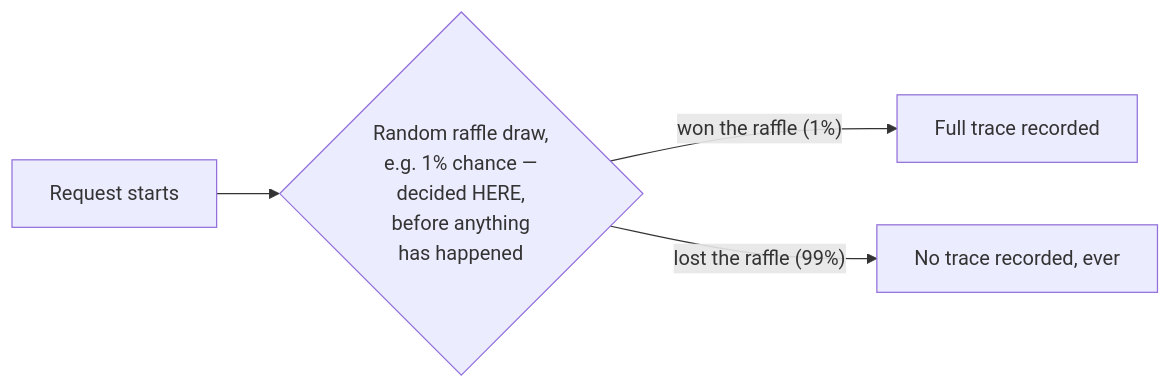
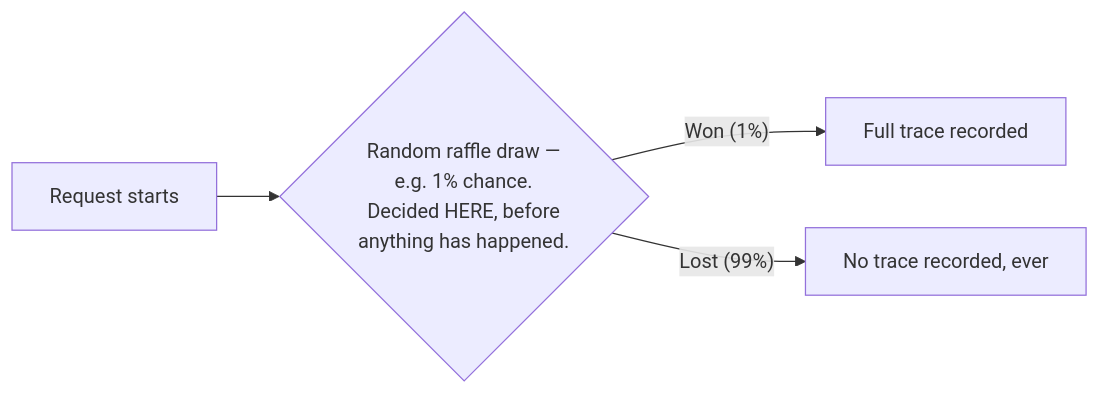
The seventh of 15 diagrams in system-design/HLD/0-course/57-Design-a-Distributed-Tracing-System-FAANG-Guide-story.md (riyaz-pasha/Learnings), drawn with Mermaid before and after one commit. The commit also changed other lines of this file and 1 other file, not shown here.

Commit message:
[REWRITE] Distributed Tracing System story guide: simplify prose, add structure, fix diagrams

````diff
--- a/system-design/HLD/0-course/57-Design-a-Distributed-Tracing-System-FAANG-Guide-story.md
+++ b/system-design/HLD/0-course/57-Design-a-Distributed-Tracing-System-FAANG-Guide-story.md
@@ -139,6 +305,6 @@
 ```mermaid
 flowchart LR
-    A1["Request starts"] --> B1{"Random raffle draw,\ne.g. 1% chance —\ndecided HERE,\nbefore anything\nhas happened"}
-    B1 -->|"won the raffle (1%)"| C1["Full trace recorded"]
-    B1 -->|"lost the raffle (99%)"| D1["No trace recorded, ever"]
+    A1["Request starts"] --> B1{"Random raffle draw —<br/>e.g. 1% chance.<br/>Decided HERE, before<br/>anything has happened."}
+    B1 -->|"Won (1%)"| C1["Full trace recorded"]
+    B1 -->|"Lost (99%)"| D1["No trace recorded, ever"]
 ```
````
